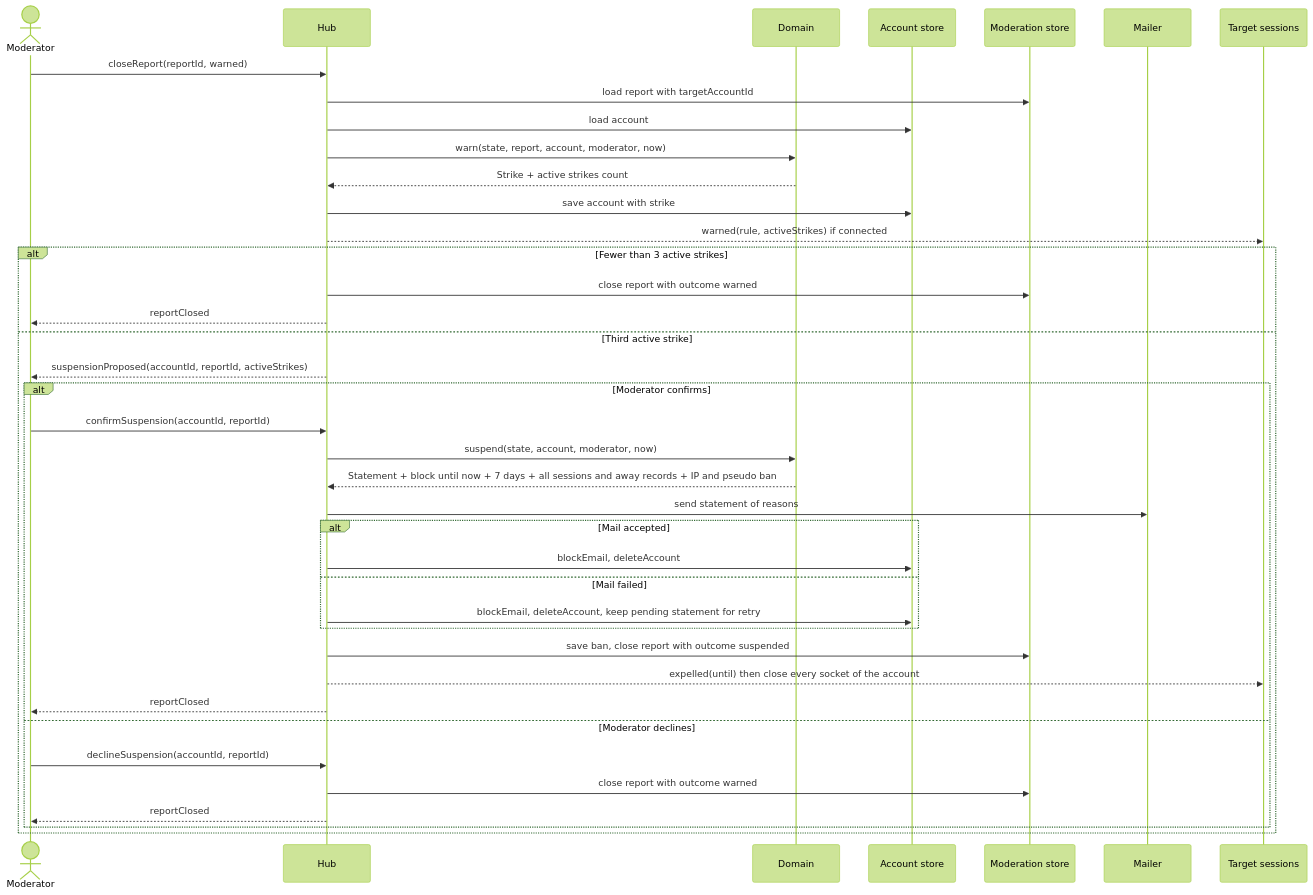
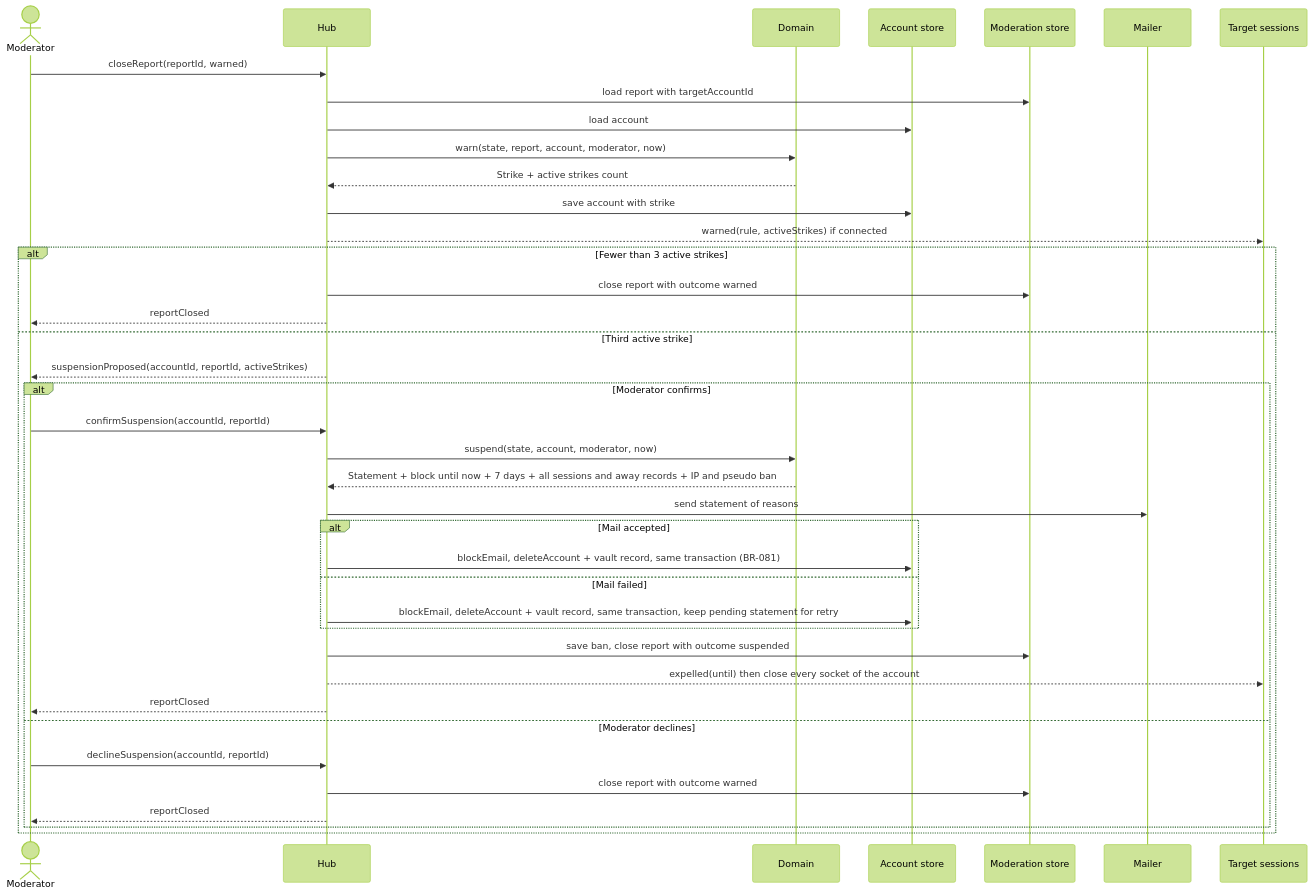
Before and after one commit to benoit-bremaud/asv: the diagram in docs/architecture/diagrams/moderation/02d-sequence-warn-and-suspend.md, drawn with Mermaid (forest theme). The commit also changed other lines of this file and 41 other files, not shown here.

````diff
--- a/docs/architecture/diagrams/moderation/02d-sequence-warn-and-suspend.md
+++ b/docs/architecture/diagrams/moderation/02d-sequence-warn-and-suspend.md
@@ -15,41 +15,41 @@
 ```mermaid
 sequenceDiagram
   actor M as Moderator
   participant H as Hub
   participant D as Domain
   participant AS as Account store
   participant ST as Moderation store
   participant ML as Mailer
   participant T as Target sessions
   M->>H: closeReport(reportId, warned)
   H->>ST: load report with targetAccountId
   H->>AS: load account
   H->>D: warn(state, report, account, moderator, now)
   D-->>H: Strike + active strikes count
   H->>AS: save account with strike
   H-->>T: warned(rule, activeStrikes) if connected
   alt Fewer than 3 active strikes
     H->>ST: close report with outcome warned
     H-->>M: reportClosed
   else Third active strike
     H-->>M: suspensionProposed(accountId, reportId, activeStrikes)
     alt Moderator confirms
       M->>H: confirmSuspension(accountId, reportId)
       H->>D: suspend(state, account, moderator, now)
       D-->>H: Statement + block until now + 7 days + all sessions and away records + IP and pseudo ban
       H->>ML: send statement of reasons
       alt Mail accepted
-        H->>AS: blockEmail, deleteAccount
+        H->>AS: blockEmail, deleteAccount + vault record, same transaction (BR-081)
       else Mail failed
-        H->>AS: blockEmail, deleteAccount, keep pending statement for retry
+        H->>AS: blockEmail, deleteAccount + vault record, same transaction, keep pending statement for retry
       end
       H->>ST: save ban, close report with outcome suspended
       H-->>T: expelled(until) then close every socket of the account
       H-->>M: reportClosed
     else Moderator declines
       M->>H: declineSuspension(accountId, reportId)
       H->>ST: close report with outcome warned
       H-->>M: reportClosed
     end
   end
 ```
````
